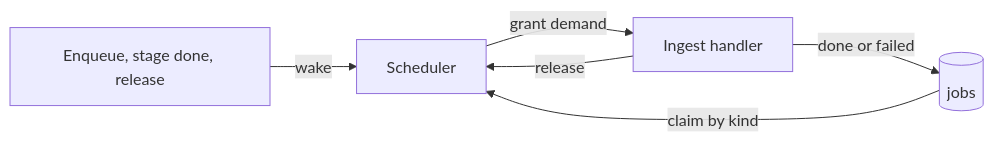
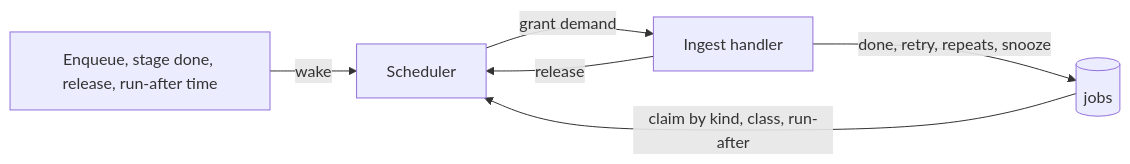
One commit to syudead/vv changed the first of 2 diagrams in docs/design-docs/job-scheduling.md. Above: the diagram before and after it, drawn with Mermaid. The commit also changed other lines of this file and 26 other files, not shown here.

First line of the commit message:
feat(068): add priority classes, retry delays and failure outcomes to jobs

````diff
--- a/docs/design-docs/job-scheduling.md
+++ b/docs/design-docs/job-scheduling.md
@@ -8,8 +8,8 @@
 ```mermaid
 flowchart LR
-  ev[Enqueue, stage done, release] -->|wake| sch[Scheduler]
-  jobs[(jobs)] -->|claim by kind| sch
+  ev[Enqueue, stage done, release, run-after time] -->|wake| sch[Scheduler]
+  jobs[(jobs)] -->|claim by kind, class, run-after| sch
   sch -->|grant demand| run[Ingest handler]
-  run -->|done or failed| jobs
+  run -->|done, retry, repeats, snooze| jobs
   run -->|release| sch
 ```
````
